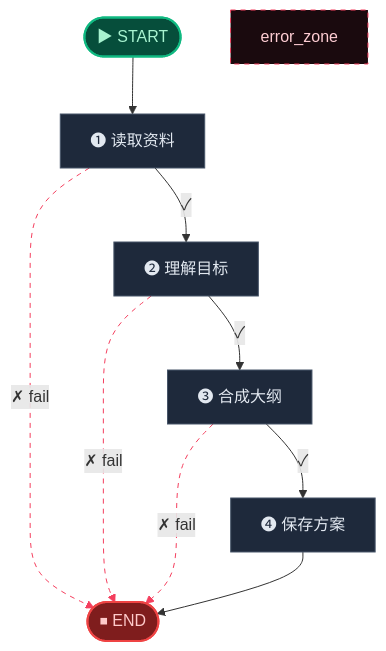
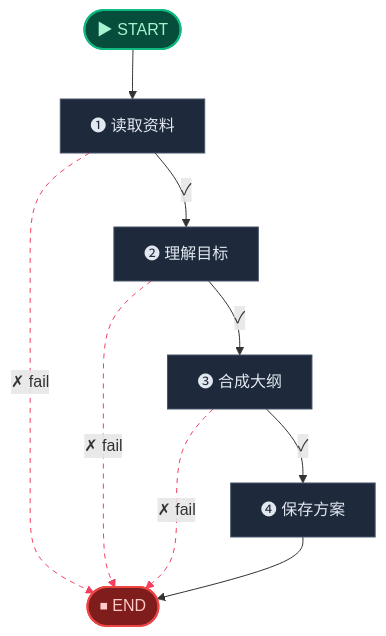
One commit to aiteachme/AITeachMe changed the first of 3 diagrams in backend/scripts/.generated_workflow_diagrams/digest.md. Above: the diagram before and after it, drawn with Mermaid. The commit also changed other lines of this file and 9 other files, not shown here.

````diff
--- a/backend/scripts/.generated_workflow_diagrams/digest.md
+++ b/backend/scripts/.generated_workflow_diagrams/digest.md
@@ -19,29 +19,28 @@
 ```mermaid
 flowchart TD
     __start__(["▶ START"])
-    读取资料["❶ 读取资料"]
-    理解目标["❷ 理解目标"]
-    合成大纲["❸ 合成大纲"]
-    保存方案["❹ 保存方案"]
+    load_planner_materials["❶ 读取资料"]
+    stream_brief_and_extract_intent["❷ 理解目标"]
+    stream_and_parse_plan_draft["❸ 合成大纲"]
+    normalize_and_persist_plan["❹ 保存方案"]
     __end__(["⏹ END"])
 
-    __start__ --> 读取资料
-    合成大纲 -. "✗ fail" .-> __end__
-    合成大纲 -->|"✓"| 保存方案
-    理解目标 -. "✗ fail" .-> __end__
-    理解目标 -->|"✓"| 合成大纲
-    读取资料 -. "✗ fail" .-> __end__
-    读取资料 -->|"✓"| 理解目标
-    保存方案 --> __end__
+    __start__ --> load_planner_materials
+    load_planner_materials -. "✗ fail" .-> __end__
+    load_planner_materials -->|"✓"| stream_brief_and_extract_intent
+    stream_and_parse_plan_draft -. "✗ fail" .-> __end__
+    stream_and_parse_plan_draft -->|"✓"| normalize_and_persist_plan
+    stream_brief_and_extract_intent -. "✗ fail" .-> __end__
+    stream_brief_and_extract_intent -->|"✓"| stream_and_parse_plan_draft
+    normalize_and_persist_plan --> __end__
 
     %% ── Styling ──
     classDef startCls fill:#064e3b,stroke:#10b981,stroke-width:2px,color:#a7f3d0
     classDef endCls fill:#7f1d1d,stroke:#ef4444,stroke-width:2px,color:#fecaca
     classDef failCls fill:#4c0519,stroke:#f43f5e,stroke-width:2px,color:#fecdd3
     classDef termCls fill:#1e3a5f,stroke:#3b82f6,stroke-width:2px,color:#93c5fd
     classDef default fill:#1e293b,stroke:#475569,stroke-width:1px,color:#e2e8f0
-    style error_zone fill:#1a0a0e,stroke:#f43f5e,stroke-width:1px,color:#fecdd3,stroke-dasharray:5
     class __start__ startCls
     class __end__ endCls
     linkStyle 1,3,5 stroke:#f43f5e,stroke-dasharray:5
 ```
````
